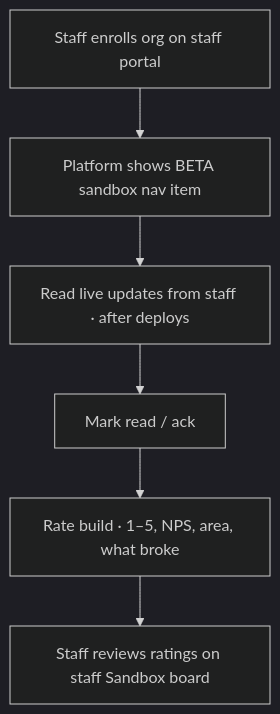
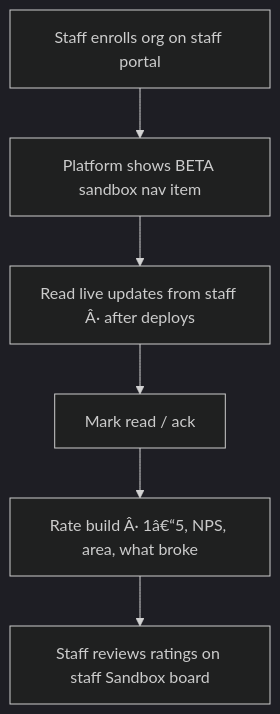
Before and after one commit to Phantom-Fort/Phantix-Frontend: the diagram in docs/how-to/platform/13-sandbox-feedback.md, drawn with Mermaid (dark theme). The commit also changed other lines of this file and 36 other files, not shown here.

````diff
--- a/docs/how-to/platform/13-sandbox-feedback.md
+++ b/docs/how-to/platform/13-sandbox-feedback.md
@@ -10,8 +10,8 @@
 ```mermaid
 flowchart TD
   A[Staff enrolls org on staff portal] --> B[Platform shows BETA sandbox nav item]
-  B --> C[Read live updates from staff · after deploys]
+  B --> C[Read live updates from staff Â· after deploys]
   C --> D[Mark read / ack]
-  D --> E[Rate build · 1–5, NPS, area, what broke]
+  D --> E[Rate build Â· 1â€“5, NPS, area, what broke]
   E --> F[Staff reviews ratings on staff Sandbox board]
 ```
````
